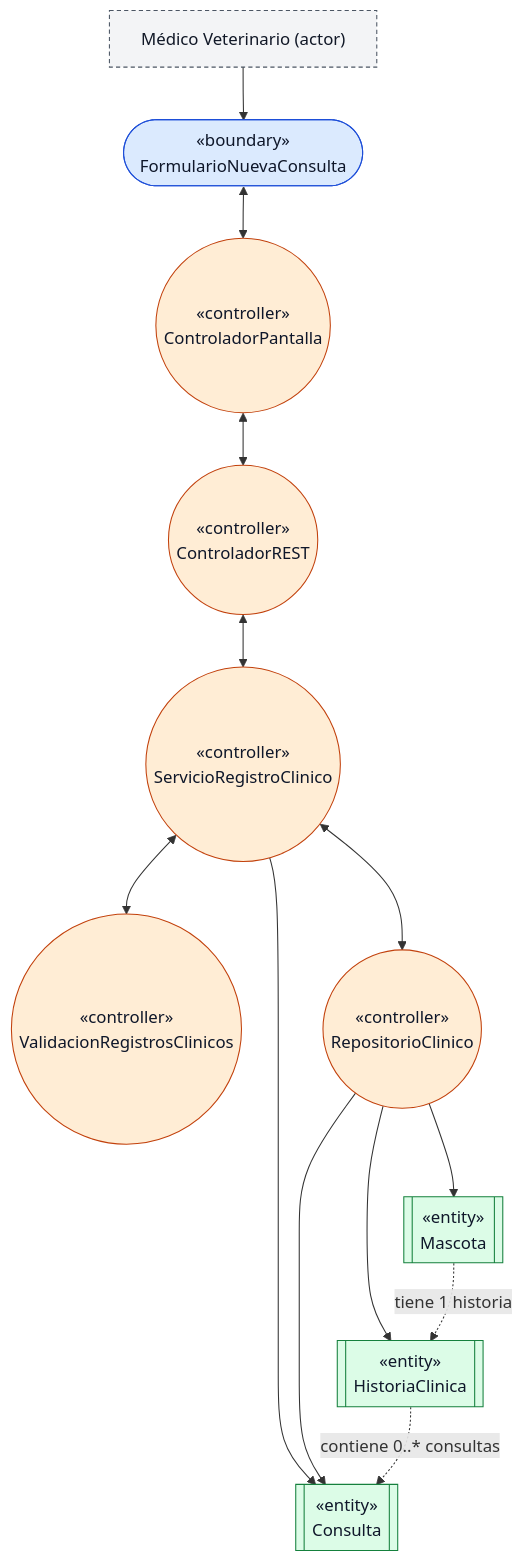
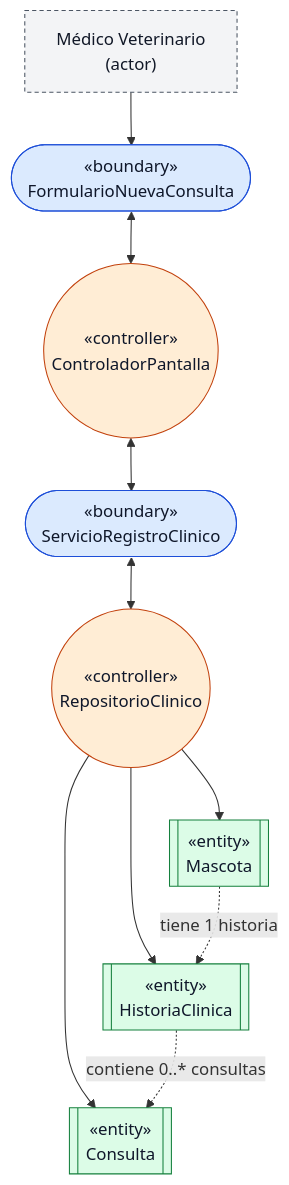
Before and after one commit to DinoMondino/sistema-gestion-veterinaria-2026: the first of 4 diagrams in docs/design/diseno-detallado.md, drawn with Mermaid.

Commit message:
docs (design): modifico diagramas de robustez

````diff
--- a/docs/design/diseno-detallado.md
+++ b/docs/design/diseno-detallado.md
@@ -73,41 +71,37 @@
 ```mermaid
+
 flowchart TB
-    vet["Médico Veterinario (actor)"]
+    vet["Médico Veterinario<br/>(actor)"]
+
     ui(["«boundary»<br/>FormularioNuevaConsulta"])
-
     cp(("«controller»<br/>ControladorPantalla"))
-    rest(("«controller»<br/>ControladorREST"))
-    reg(("«controller»<br/>ServicioRegistroClinico"))
-    val(("«controller»<br/>ValidacionRegistrosClinicos"))
+    api(["«boundary»<br/>ServicioRegistroClinico"])
     repo(("«controller»<br/>RepositorioClinico"))
 
     mascota[["«entity»<br/>Mascota"]]
     historia[["«entity»<br/>HistoriaClinica"]]
     consulta[["«entity»<br/>Consulta"]]
 
     vet --> ui
     ui <--> cp
-    cp <--> rest
-    rest <--> reg
-
-    reg <--> repo
-    reg <--> val
-    reg --> consulta
+    cp <--> api
+    api <--> repo
 
     repo --> mascota
     repo --> historia
     repo --> consulta
 
     mascota -.->|"tiene 1 historia"| historia
     historia -.->|"contiene 0..* consultas"| consulta
 
     classDef actor fill:#f3f4f6,stroke:#4b5563,color:#111827,stroke-dasharray:4 3
     classDef boundary fill:#dbeafe,stroke:#1d4ed8,color:#0f172a
     classDef controller fill:#ffedd5,stroke:#c2410c,color:#0f172a
     classDef entity fill:#dcfce7,stroke:#15803d,color:#0f172a
 
     class vet actor
-    class ui boundary
-    class cp,rest,reg,val,repo controller
+    class ui,api boundary
+    class cp,repo controller
     class mascota,historia,consulta entity
+
 ```
````
